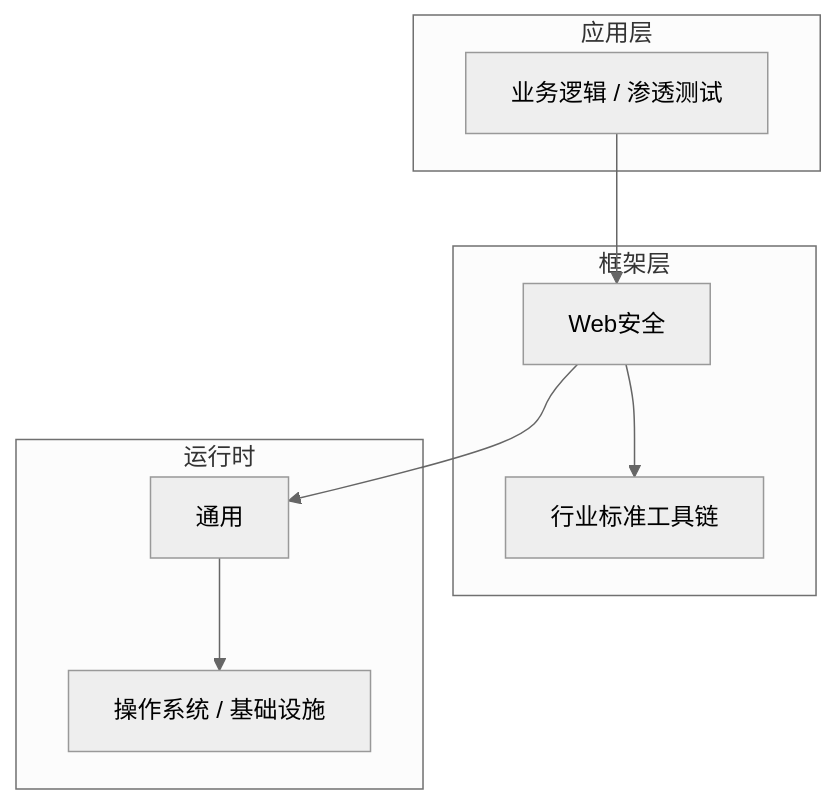
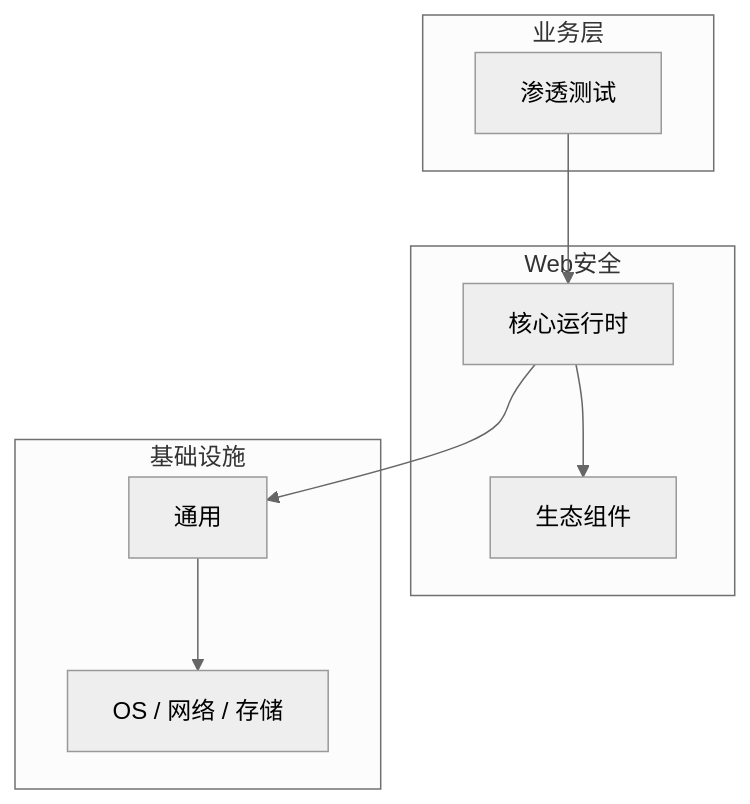
One commit to yanggan2015/knowledge-json-v2 changed the diagram in articles/Web安全/chapters/111-授权安全评估测试核心概念与原理.md. Above: the diagram before and after it, drawn with Mermaid (neutral theme). The commit also changed other lines of this file and 10127 other files, not shown here.

````diff
--- a/articles/Web安全/chapters/111-授权安全评估测试核心概念与原理.md
+++ b/articles/Web安全/chapters/111-授权安全评估测试核心概念与原理.md
@@ -46,18 +31,18 @@
 ```mermaid
 graph TB
-    subgraph 应用层
-        A[业务逻辑 / 渗透测试]
+    subgraph 业务层
+        A[渗透测试]
     end
-    subgraph 框架层
-        B[Web安全]
-        C[行业标准工具链]
+    subgraph Web安全
+        B[核心运行时]
+        C[生态组件]
     end
-    subgraph 运行时
+    subgraph 基础设施
         D[通用]
-        E[操作系统 / 基础设施]
+        E[OS / 网络 / 存储]
     end
     A --> B
     B --> C
     B --> D
     D --> E
 ```
````
